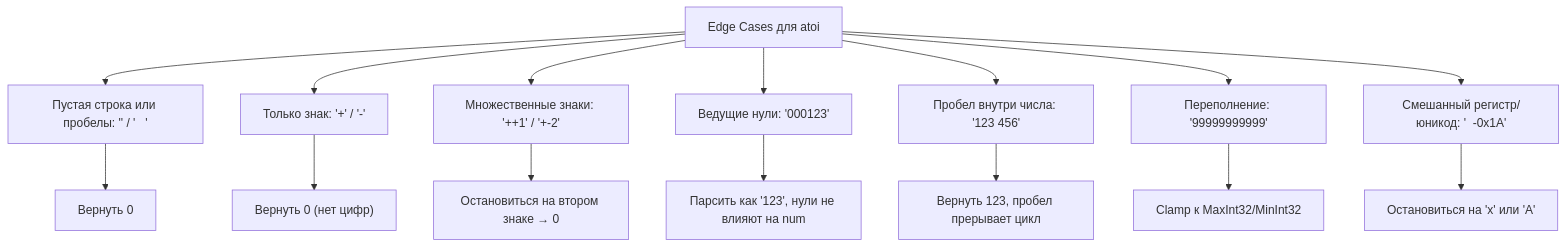
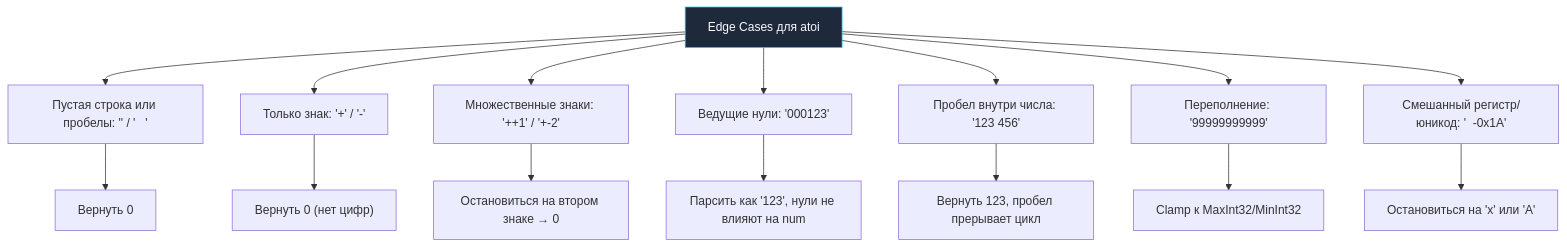
One commit to UnrealTemplier/go-textbook changed the second of 2 diagrams in sources/21. Задачи с LeetCode и собеседований на Go/02. Задачи/25. Строки/7. String to Integer atoi.md. Above: the diagram before and after it, drawn with Mermaid. The commit also changed other lines of this file and 1666 other files, not shown here.

First line of the commit message:
feat(mermaid): add semantic color classDef to 1369 colorless flowchart/graph diagrams

````diff
--- a/sources/21. Задачи с LeetCode и собеседований на Go/02. Задачи/25. Строки/7. String to Integer atoi.md
+++ b/sources/21. Задачи с LeetCode и собеседований на Go/02. Задачи/25. Строки/7. String to Integer atoi.md
@@ -130,18 +140,28 @@
 ```mermaid
 flowchart TD
-    A["Edge Cases для atoi"] --> B["Пустая строка или пробелы: '' / '   '"]
+    classDef process  fill:#1e293b,stroke:#38bdf8,stroke-width:1px,color:#f8fafc
+    classDef success  fill:#064e3b,stroke:#34d399,stroke-width:1px,color:#f8fafc
+    classDef error    fill:#7f1d1d,stroke:#f87171,stroke-width:1px,color:#f8fafc
+    classDef warning  fill:#78350f,stroke:#fbbf24,stroke-width:1px,color:#f8fafc
+    classDef entry    fill:#1e3a5f,stroke:#38bdf8,stroke-width:2px,color:#f8fafc
+    classDef aux      fill:#334155,stroke:#64748b,stroke-width:1px,color:#f8fafc
+    classDef system   fill:#312e81,stroke:#a78bfa,stroke-width:1px,color:#f8fafc
+    classDef data     fill:#132d29,stroke:#2dd4bf,stroke-width:1px,color:#f8fafc
+    classDef network  fill:#881337,stroke:#fb7185,stroke-width:1px,color:#f8fafc
+    classDef accent   fill:#1e1b4b,stroke:#818cf8,stroke-width:1px,color:#f8fafc
+    A["Edge Cases для atoi"]:::process --> B["Пустая строка или пробелы: '' / '   '"]
     A --> C["Только знак: '+' / '-'"]
     A --> D["Множественные знаки: '++1' / '+-2'"]
     A --> E["Ведущие нули: '000123'"]
     A --> F["Пробел внутри числа: '123 456'"]
     A --> G["Переполнение: '99999999999'"]
     A --> H["Смешанный регистр/юникод: '  -0x1A'"]
     
     B --> I["Вернуть 0"]
     C --> J["Вернуть 0 (нет цифр)"]
     D --> K["Остановиться на втором знаке → 0"]
     E --> L["Парсить как '123', нули не влияют на num"]
     F --> M["Вернуть 123, пробел прерывает цикл"]
     G --> N["Clamp к MaxInt32/MinInt32"]
     H --> O["Остановиться на 'x' или 'A'"]
 ```
````
